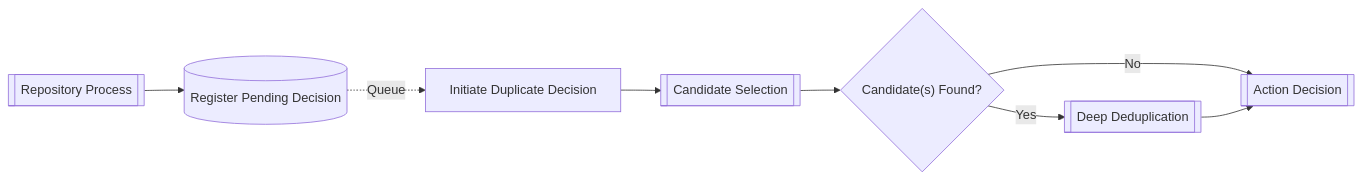
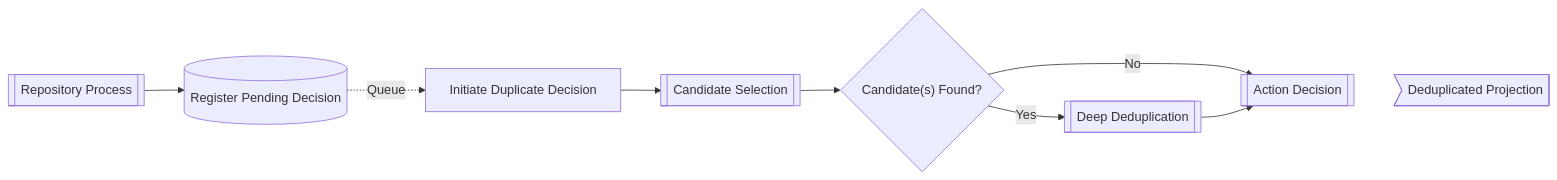
The first of 4 diagrams in docs/procedures/deduplication.rst (destiny-evidence/destiny-repository), drawn with Mermaid before and after one commit. The commit also changed other lines of this file and 1 other file, not shown here.

```diff
--- a/docs/procedures/deduplication.rst
+++ b/docs/procedures/deduplication.rst
@@ -29,19 +49,21 @@
 .. mermaid::
 
     flowchart LR
 
         R[[Repository Process]]
         P[(Register Pending Decision)]
         T[Initiate Duplicate Decision]
         CS[[Candidate Selection]]
         CF{"Candidate(s) Found?"}
         DD[[Deep Deduplication]]
         A[[Action Decision]]
+        DP>Deduplicated Projection]
 
         T-->CS
         CS-->CF
         CF-->|No|A
         CF-->|Yes|DD
         DD-->A
         R-->P
         P-.->|Queue|T
+        A~~~DP
```
